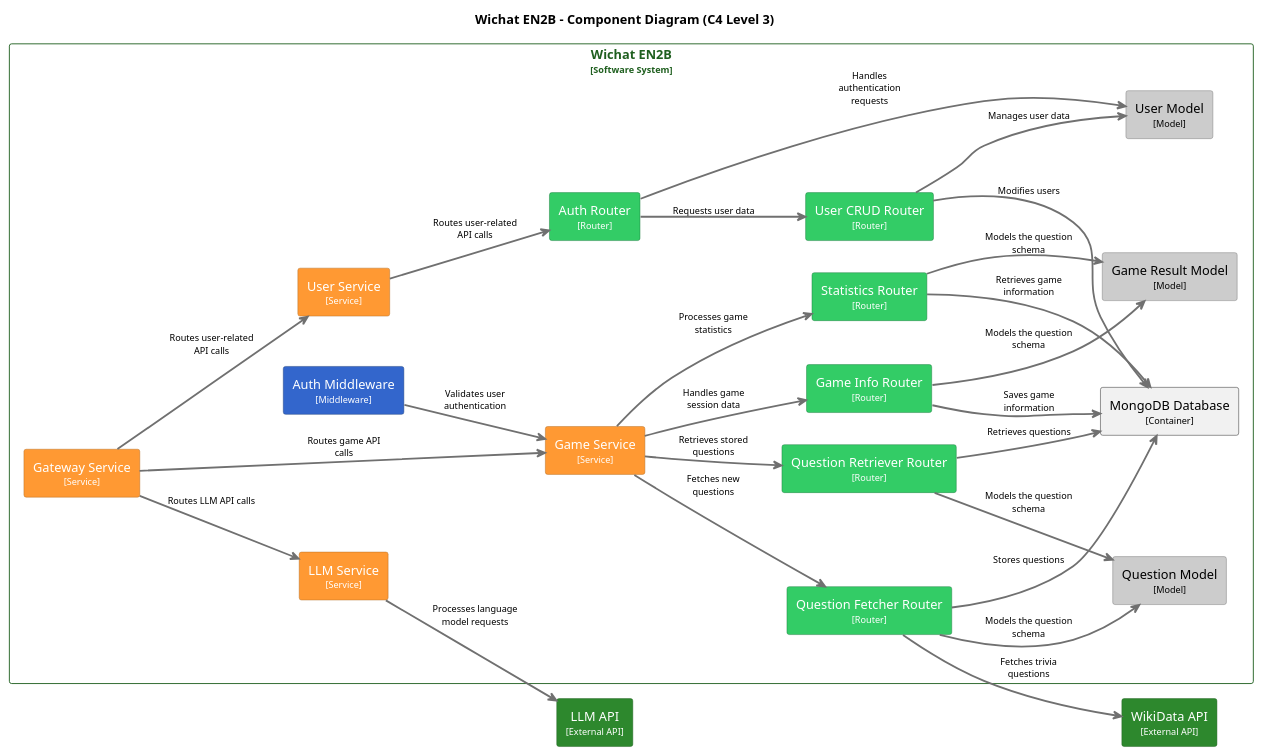
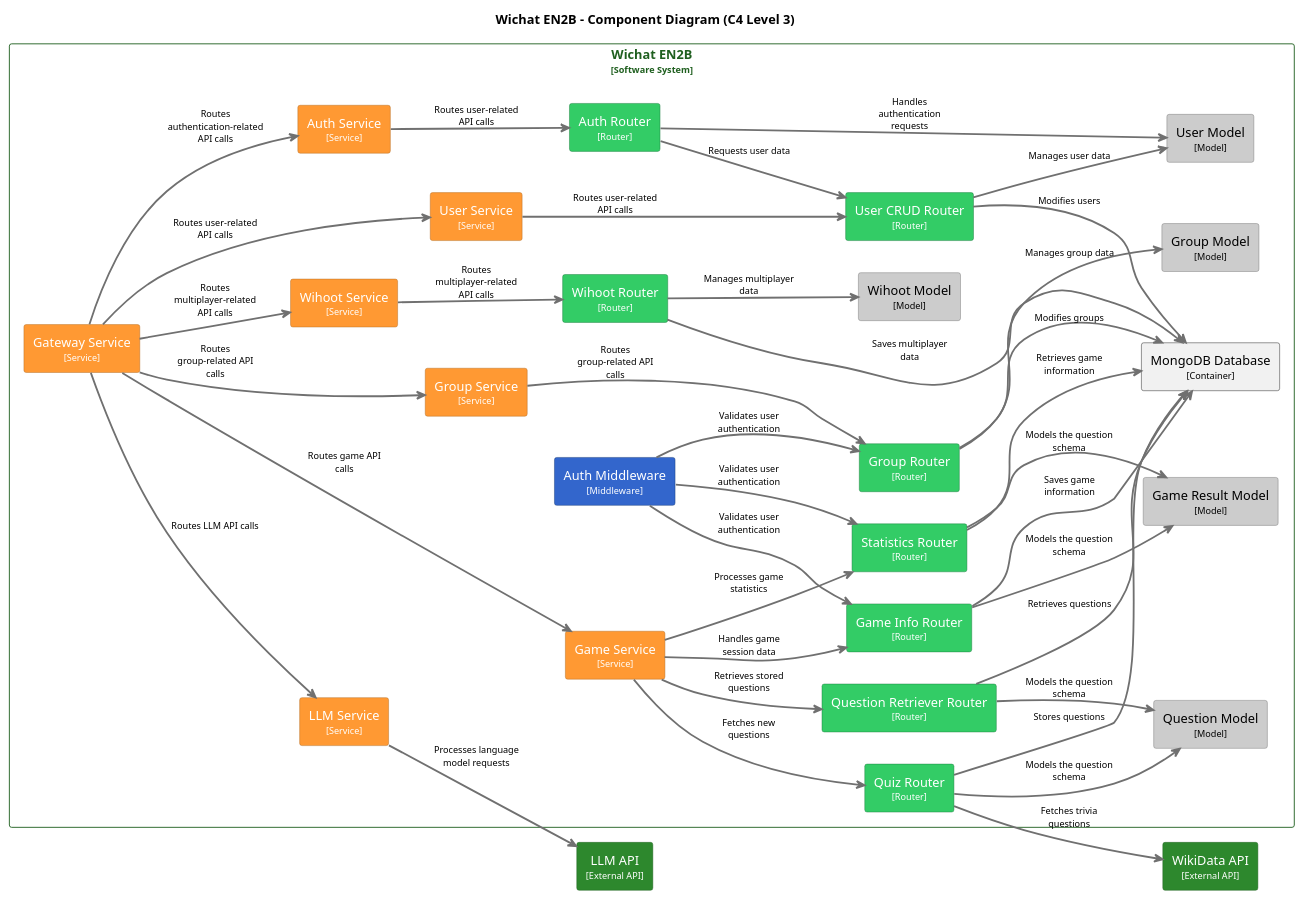
One commit to Arquisoft/wichat_en2b changed the third of 3 diagrams in docs/src/05_building_block_view.adoc. Above: the diagram before and after it, drawn with PlantUML. The commit also changed other lines of this file, not shown here.

```diff
--- a/docs/src/05_building_block_view.adoc
+++ b/docs/src/05_building_block_view.adoc
@@ -356,14 +373,20 @@
   rectangle "Game Service\n<size:10>[Service]</size>" <<WichatEN2B.GameService>> as GameServer
   rectangle "User Service\n<size:10>[Service]</size>" <<WichatEN2B.UserService>> as UserServer
   rectangle "LLM Service\n<size:10>[Service]</size>" <<WichatEN2B.LLMService>> as LLMServer
+  rectangle "Auth Service\n<size:10>[Service]</size>" <<WichatEN2B.LLMService>> as AuthServer
+  rectangle "Group Service\n<size:10>[Service]</size>" <<WichatEN2B.LLMService>> as GroupServer
+  rectangle "Wihoot Service\n<size:10>[Service]</size>" <<WichatEN2B.LLMService>> as WihootServer
 
   ' ======== Routers =========
-  rectangle "Question Fetcher Router\n<size:10>[Router]</size>" <<Router>> as QuestionFetcherRouter
+  rectangle "Quiz Router\n<size:10>[Router]</size>" <<Router>> as QuizRouter
   rectangle "Question Retriever Router\n<size:10>[Router]</size>" <<Router>> as QuestionRetrieverRouter
   rectangle "Game Info Router\n<size:10>[Router]</size>" <<Router>> as GameInfoRouter
   rectangle "Statistics Router\n<size:10>[Router]</size>" <<Router>> as StatisticsRouter
   rectangle "Auth Router\n<size:10>[Router]</size>" <<Router>> as AuthRouter
   rectangle "User CRUD Router\n<size:10>[Router]</size>" <<Router>> as UserCrudRouter
+  rectangle "Group Router\n<size:10>[Router]</size>" <<Router>> as GroupRouter
+  rectangle "Wihoot Router\n<size:10>[Router]</size>" <<Router>> as WihootRouter
+
 
   ' ======== Middleware =========
   rectangle "Auth Middleware\n<size:10>[Middleware]</size>" <<Middleware>> as AuthMiddleware
@@ -372,6 +395,8 @@
   rectangle "Question Model\n<size:10>[Model]</size>" <<Model>> as QuestionModel
   rectangle "Game Result Model\n<size:10>[Model]</size>" <<Model>> as GameResultModel
   rectangle "User Model\n<size:10>[Model]</size>" <<Model>> as UserModel
+  rectangle "Group Model\n<size:10>[Model]</size>" <<Model>> as GroupModel
+  rectangle "Wihoot Model\n<size:10>[Model]</size>" <<Model>> as WihootModel
 
   ' ======== Database ========
   rectangle "MongoDB Database\n<size:10>[Container]</size>" <<WichatEN2B.MongoDBDatabase>> as MongoDBDatabase
@@ -385,29 +410,49 @@
 GatewayServer -[#707070,thickness=2]-> GameServer : "Routes game API calls"
 GatewayServer -[#707070,thickness=2]-> UserServer : "Routes user-related API calls"
 GatewayServer -[#707070,thickness=2]-> LLMServer : "Routes LLM API calls"
+GatewayServer -[#707070,thickness=2]-> AuthServer : "Routes authentication-related API calls"
+GatewayServer -[#707070,thickness=2]-> GroupServer : "Routes group-related API calls"
+GatewayServer -[#707070,thickness=2]-> WihootServer : "Routes multiplayer-related API calls"
 
-UserServer -[#707070,thickness=2]-> AuthRouter : "Routes user-related API calls"
+AuthServer -[#707070,thickness=2]-> AuthRouter : "Routes user-related API calls"
 AuthRouter -[#707070,thickness=2]-> UserCrudRouter : "Requests user data"
 AuthRouter -[#707070,thickness=2]-> UserModel : "Handles authentication requests"
+
+UserServer -[#707070,thickness=2]-> UserCrudRouter : "Routes user-related API calls"
 UserCrudRouter -[#707070,thickness=2]-> UserModel : "Manages user data"
 UserCrudRouter -[#707070,thickness=2]-> MongoDBDatabase : "Modifies users"
 
+GroupServer -[#707070,thickness=2]-> GroupRouter : "Routes group-related API calls"
+GroupRouter -[#707070,thickness=2]-> GroupModel : "Manages group data"
+GroupRouter -[#707070,thickness=2]-> MongoDBDatabase : "Modifies groups"
+
+WihootServer -[#707070,thickness=2]-> WihootRouter : "Routes multiplayer-related API calls"
+WihootRouter -[#707070,thickness=2]-> WihootModel : "Manages multiplayer data"
+WihootRouter -[#707070,thickness=2]-> MongoDBDatabase : "Saves multiplayer data"
+
 LLMServer -[#707070,thickness=2]-> LLMAPI : "Processes language model requests"
 
-AuthMiddleware -[#707070,thickness=2]-> GameServer : "Validates user authentication"
-GameServer -[#707070,thickness=2]-> QuestionFetcherRouter : "Fetches new questions"
+AuthMiddleware -[#707070,thickness=2]-> GameInfoRouter : "Validates user authentication"
+AuthMiddleware -[#707070,thickness=2]-> StatisticsRouter : "Validates user authentication"
+AuthMiddleware -[#707070,thickness=2]-> GroupRouter : "Validates user authentication"
+
+GameServer -[#707070,thickness=2]-> QuizRouter : "Fetches new questions"
 GameServer -[#707070,thickness=2]-> QuestionRetrieverRouter : "Retrieves stored questions"
 GameServer -[#707070,thickness=2]-> GameInfoRouter : "Handles game session data"
 GameServer -[#707070,thickness=2]-> StatisticsRouter : "Processes game statistics"
-QuestionFetcherRouter -[#707070,thickness=2]-> QuestionModel : "Models the question schema"
+
+QuizRouter -[#707070,thickness=2]-> QuestionModel : "Models the question schema"
+QuizRouter -[#707070,thickness=2]-> WikiDataAPI : "Fetches trivia questions"
+QuizRouter -[#707070,thickness=2]-> MongoDBDatabase : "Stores questions"
+
+GameInfoRouter -[#707070,thickness=2]-> GameResultModel : "Models the question schema"
+GameInfoRouter -[#707070,thickness=2]-> MongoDBDatabase : "Saves game information"
+
+StatisticsRouter -[#707070,thickness=2]-> GameResultModel : "Models the question schema"
+StatisticsRouter -[#707070,thickness=2]-> MongoDBDatabase : "Retrieves game information"
+
 QuestionRetrieverRouter -[#707070,thickness=2]-> QuestionModel : "Models the question schema"
-GameInfoRouter -[#707070,thickness=2]-> GameResultModel : "Models the question schema"
-StatisticsRouter -[#707070,thickness=2]-> GameResultModel : "Models the question schema"
-GameInfoRouter -[#707070,thickness=2]-> MongoDBDatabase : "Saves game information"
-StatisticsRouter -[#707070,thickness=2]-> MongoDBDatabase : "Retrieves game information"
-QuestionFetcherRouter -[#707070,thickness=2]-> MongoDBDatabase : "Stores questions"
 QuestionRetrieverRouter -[#707070,thickness=2]-> MongoDBDatabase : "Retrieves questions"
-QuestionFetcherRouter -[#707070,thickness=2]-> WikiDataAPI : "Fetches trivia questions"
 
 @enduml
 ----
```
